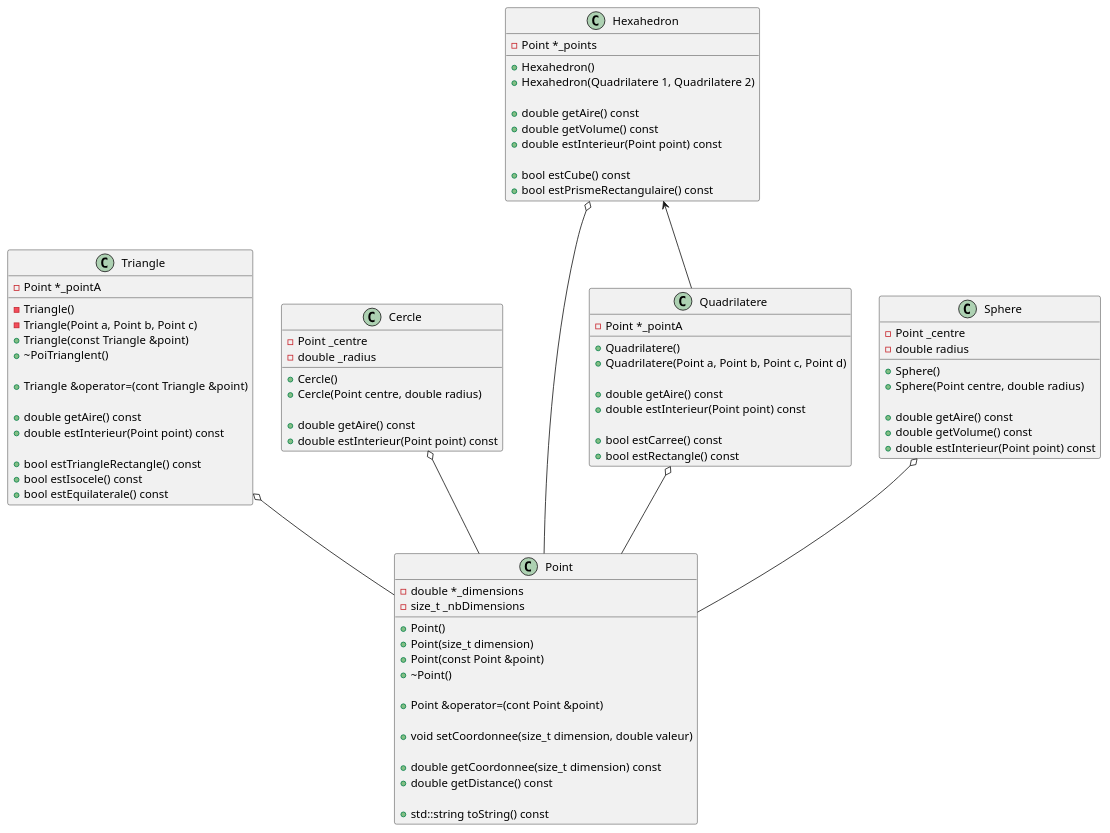
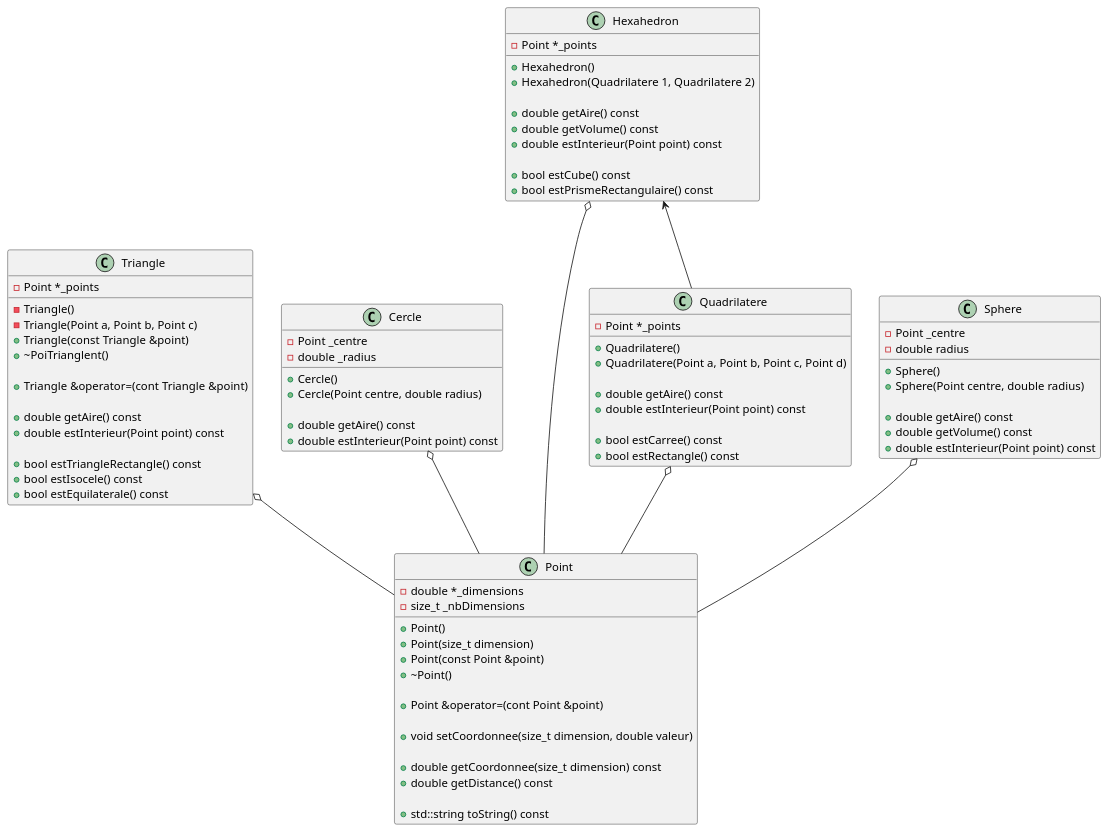
One commit to plbrault/420-SF2-RE changed the first of 2 diagrams in laboratoires/lab03-oop2/consignes/lab03.md. Above: the diagram before and after it, drawn with PlantUML.

Commit message:
Correction de coquille
Il restait les vestiges des pointA, pointB qui ont tous été remplacées
par *points.

```diff
--- a/laboratoires/lab03-oop2/consignes/lab03.md
+++ b/laboratoires/lab03-oop2/consignes/lab03.md
@@ -43,7 +43,7 @@
 }
 
 class Triangle {
-    - Point *_pointA
+    - Point *_points
     
     - Triangle()
     - Triangle(Point a, Point b, Point c)
@@ -72,7 +72,7 @@
 }
 
 class Quadrilatere {
-    - Point *_pointA
+    - Point *_points
     
     + Quadrilatere()
     + Quadrilatere(Point a, Point b, Point c, Point d)
```
